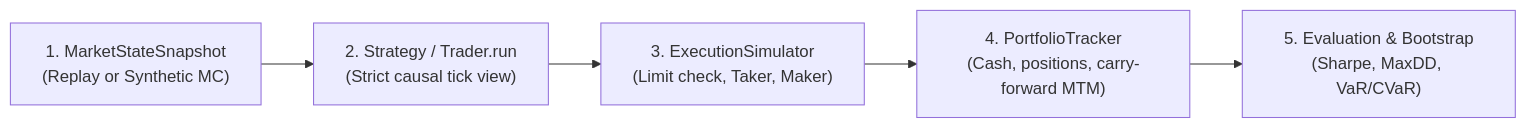
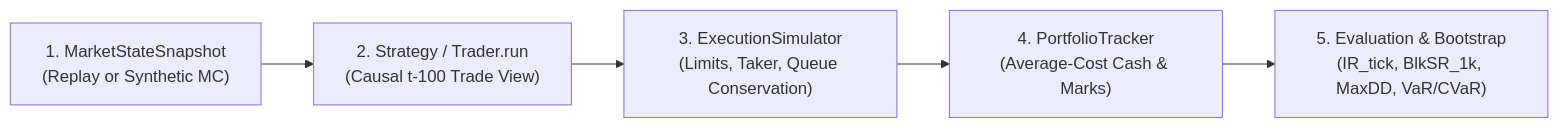
Before and after one commit to PerriPerriSauce/imc-prosperity-4-toolkit-writeup: the diagram in docs/methodology/backtesting_methodology.md, drawn with Mermaid. The commit also changed other lines of this file and 135 other files, not shown here.

````diff
--- a/docs/methodology/backtesting_methodology.md
+++ b/docs/methodology/backtesting_methodology.md
@@ -5,7 +5,7 @@
 ```mermaid
 flowchart LR
-    Snap["1. MarketStateSnapshot<br/>(Replay or Synthetic MC)"] --> Strat["2. Strategy / Trader.run<br/>(Strict causal tick view)"]
-    Strat --> Sim["3. ExecutionSimulator<br/>(Limit check, Taker, Maker)"]
-    Sim --> Port["4. PortfolioTracker<br/>(Cash, positions, carry-forward MTM)"]
-    Port --> Eval["5. Evaluation & Bootstrap<br/>(Sharpe, MaxDD, VaR/CVaR)"]
+    Snap["1. MarketStateSnapshot<br/>(Replay or Synthetic MC)"] --> Strat["2. Strategy / Trader.run<br/>(Causal t-100 Trade View)"]
+    Strat --> Sim["3. ExecutionSimulator<br/>(Limits, Taker, Queue Conservation)"]
+    Sim --> Port["4. PortfolioTracker<br/>(Average-Cost Cash & Marks)"]
+    Port --> Eval["5. Evaluation & Bootstrap<br/>(IR_tick, BlkSR_1k, MaxDD, VaR/CVaR)"]
 ```
````
